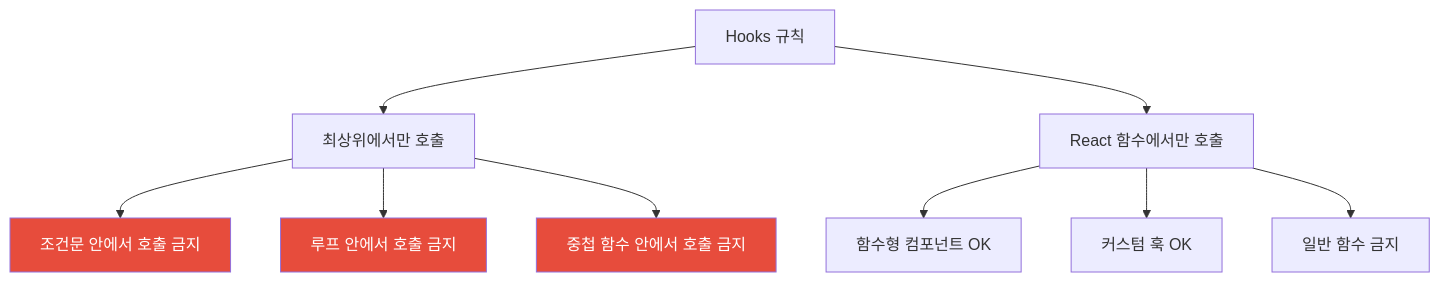
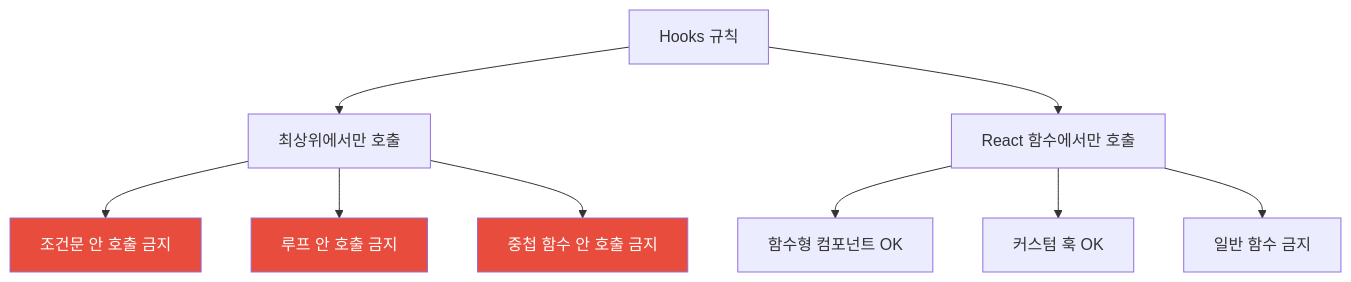
The fifth of 6 diagrams in _posts/frontend/2026-05-02-react-hooks.md (yjkim2015/yjkim2015.github.io), drawn with Mermaid before and after one commit. The commit also changed other lines of this file and 122 other files, not shown here.

````diff
--- a/_posts/frontend/2026-05-02-react-hooks.md
+++ b/_posts/frontend/2026-05-02-react-hooks.md
@@ -510,17 +455,17 @@
 ```mermaid
 graph TD
     A["Hooks 규칙"] --> B["최상위에서만 호출"]
     A --> C["React 함수에서만 호출"]
 
-    B --> B1["조건문 안에서 호출 금지"]
-    B --> B2["루프 안에서 호출 금지"]
-    B --> B3["중첩 함수 안에서 호출 금지"]
+    B --> B1["조건문 안 호출 금지"]
+    B --> B2["루프 안 호출 금지"]
+    B --> B3["중첩 함수 안 호출 금지"]
 
     C --> C1["함수형 컴포넌트 OK"]
     C --> C2["커스텀 훅 OK"]
     C --> C3["일반 함수 금지"]
 
     style B1 fill:#e74c3c,color:#fff
     style B2 fill:#e74c3c,color:#fff
     style B3 fill:#e74c3c,color:#fff
 ```
````
